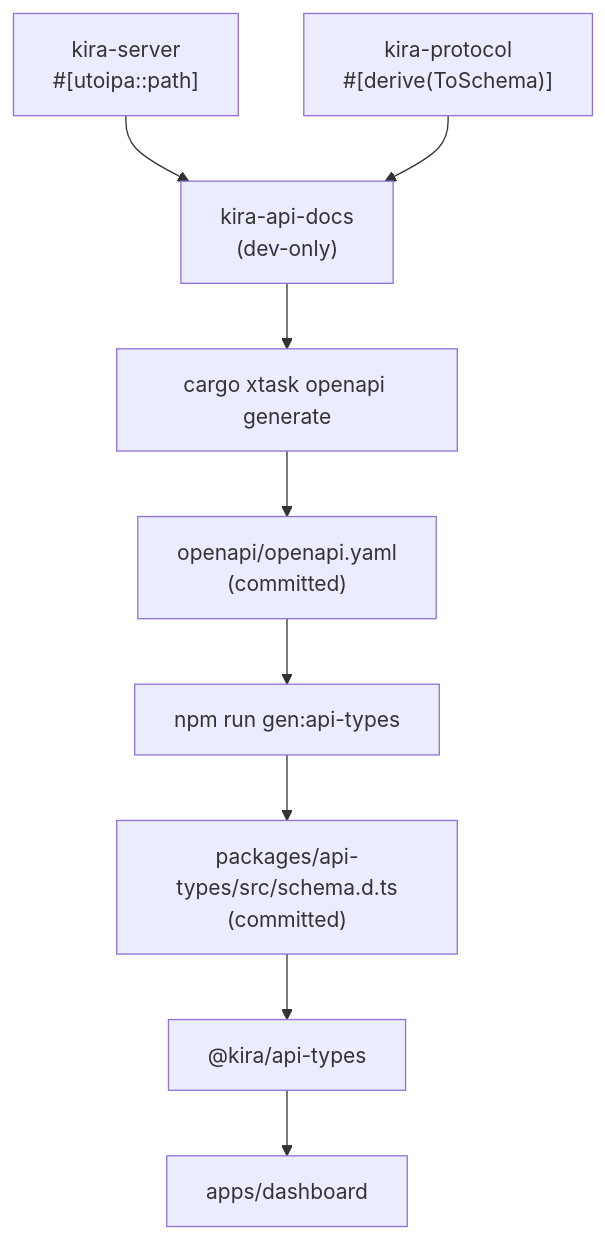
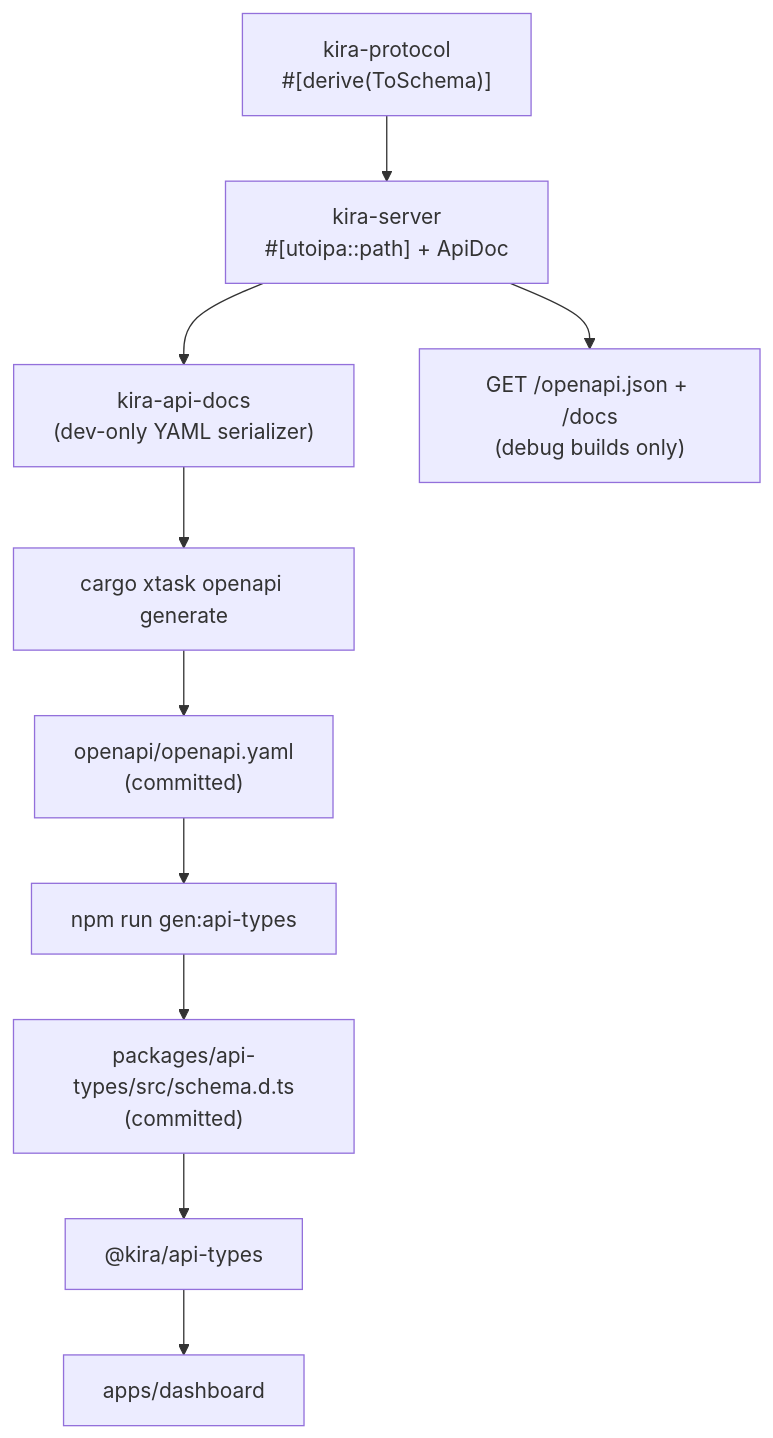
Before and after one commit to merzen-sh/kira: the third of 3 diagrams in docs/architecture.md, drawn with Mermaid. The commit also changed other lines of this file and 7 other files, not shown here.

First line of the commit message:
feat: serve debug-only Scalar API reference (#7)

````diff
--- a/docs/architecture.md
+++ b/docs/architecture.md
@@ -285,11 +291,12 @@
 ```mermaid
 flowchart TD
-    SRV["kira-server<br/>#[utoipa::path]"] --> DOC
-    DTO["kira-protocol<br/>#[derive(ToSchema)]"] --> DOC
-    DOC["kira-api-docs<br/>(dev-only)"] --> XT
+    SRV["kira-server<br/>#[utoipa::path] + ApiDoc"] --> DOC
+    DTO["kira-protocol<br/>#[derive(ToSchema)]"] --> SRV
+    SRV --> LIVE["GET /openapi.json + /docs<br/>(debug builds only)"]
+    DOC["kira-api-docs<br/>(dev-only YAML serializer)"] --> XT
     XT["cargo xtask openapi generate"] --> YAML
     YAML["openapi/openapi.yaml<br/>(committed)"] --> GEN
     GEN["npm run gen:api-types"] --> DTS
     DTS["packages/api-types/src/schema.d.ts<br/>(committed)"] --> PKG
     PKG["@kira/api-types"] --> DASH["apps/dashboard"]
 ```
````
